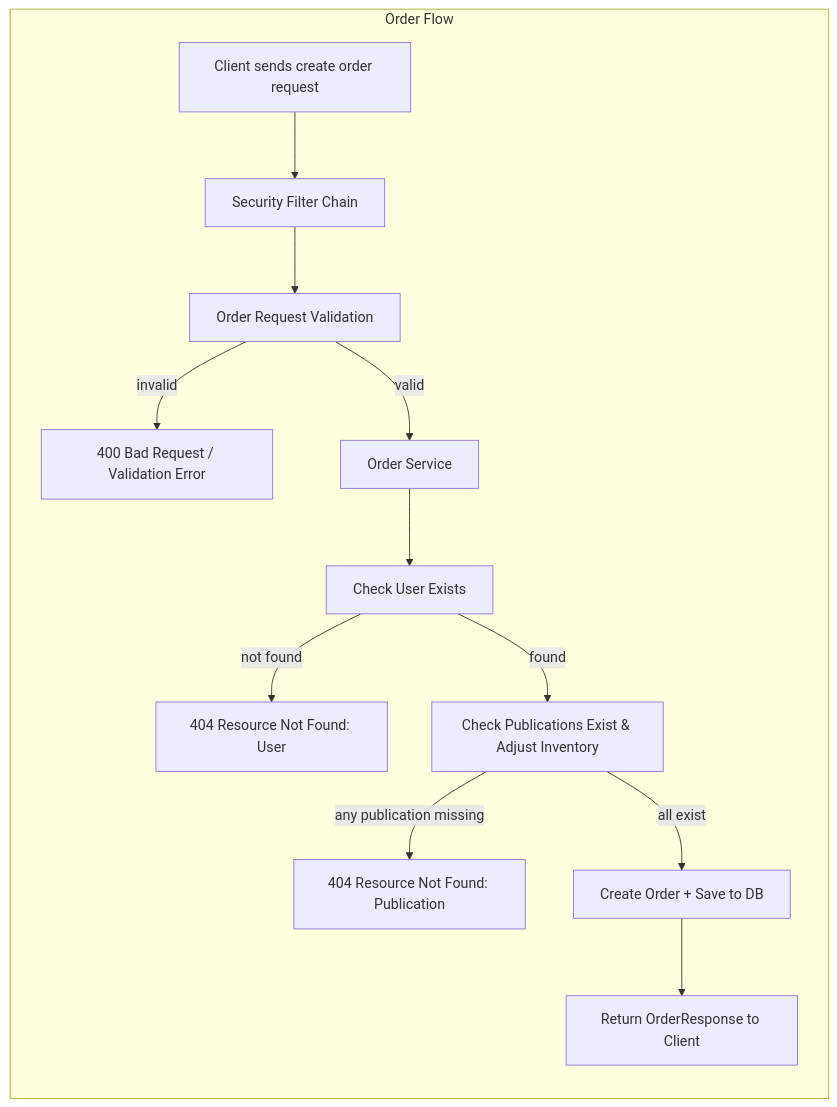
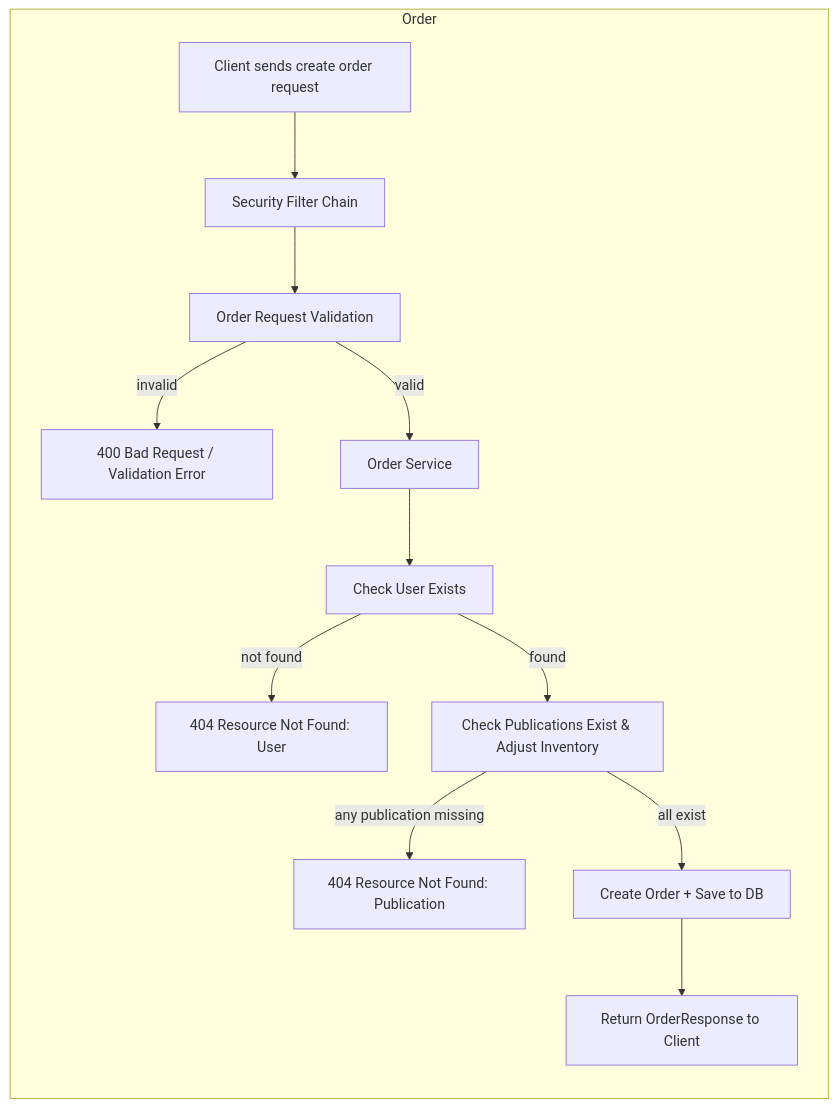
Before and after one commit to ahmedelsherif-osama/publisher-erp: the fifth of 8 diagrams in src/docs/orderflow.md, drawn with Mermaid. The commit also changed other lines of this file and 1 other file, not shown here.

Commit message:
docs: simplify auth and order flow diagrams by removing "Flow" from graph titles

````diff
--- a/src/docs/orderflow.md
+++ b/src/docs/orderflow.md
@@ -46,15 +46,15 @@
 ```mermaid
 graph RL;
-    subgraph "Order Flow"
+    subgraph "Order"
         A[Client sends create order request] --> B[Security Filter Chain]
         B --> C[Order Request Validation]
         C -->|invalid| D[400 Bad Request / Validation Error]
         C -->|valid| E[Order Service]
         E --> F[Check User Exists]
         F -->|not found| G[404 Resource Not Found: User]
         F -->|found| H[Check Publications Exist & Adjust Inventory]
         H -->|any publication missing| I[404 Resource Not Found: Publication]
         H -->|all exist| J[Create Order + Save to DB]
         J --> K[Return OrderResponse to Client]
     end
 ```
````
